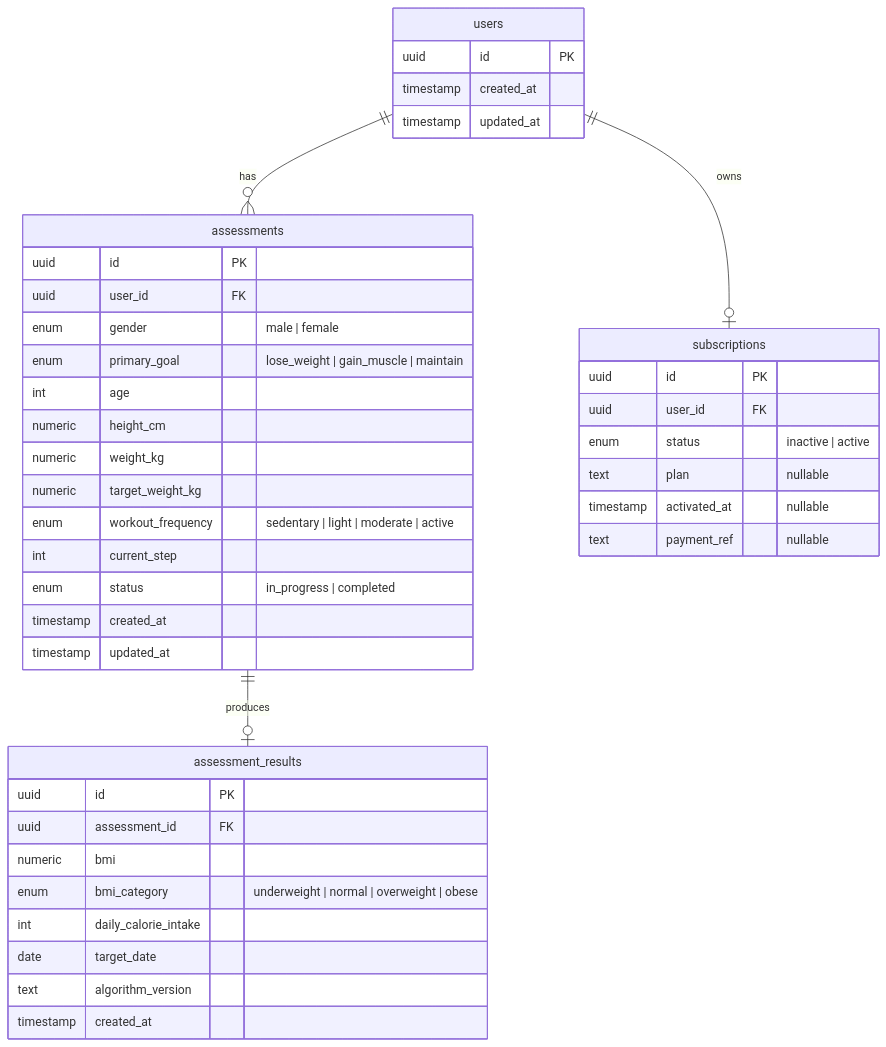
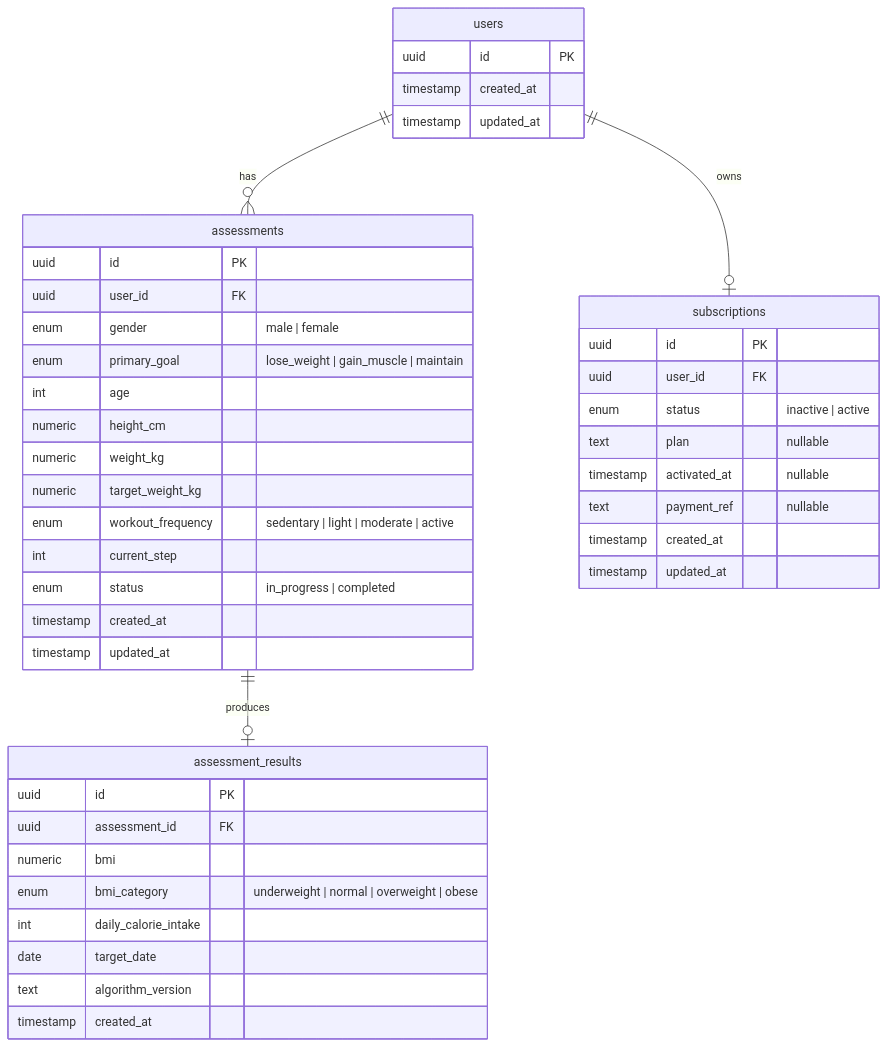
The diagram in docs/db/schema.md (YH7916/BetterMe), drawn with Mermaid before and after one commit. The commit also changed 5 other files, not shown here.

Commit message:
fix(api): deterministic seed UUIDs; docs: correct GET/pay/schema/algorithm accuracy

````diff
--- a/docs/db/schema.md
+++ b/docs/db/schema.md
@@ -5,48 +5,50 @@
 ```mermaid
 erDiagram
     users {
         uuid id PK
         timestamp created_at
         timestamp updated_at
     }
 
     assessments {
         uuid id PK
         uuid user_id FK
         enum gender "male | female"
         enum primary_goal "lose_weight | gain_muscle | maintain"
         int age
         numeric height_cm
         numeric weight_kg
         numeric target_weight_kg
         enum workout_frequency "sedentary | light | moderate | active"
         int current_step
         enum status "in_progress | completed"
         timestamp created_at
         timestamp updated_at
     }
 
     assessment_results {
         uuid id PK
         uuid assessment_id FK
         numeric bmi
         enum bmi_category "underweight | normal | overweight | obese"
         int daily_calorie_intake
         date target_date
         text algorithm_version
         timestamp created_at
     }
 
     subscriptions {
         uuid id PK
         uuid user_id FK
         enum status "inactive | active"
         text plan "nullable"
         timestamp activated_at "nullable"
         text payment_ref "nullable"
+        timestamp created_at
+        timestamp updated_at
     }
 
     users ||--o{ assessments : "has"
     assessments ||--o| assessment_results : "produces"
     users ||--o| subscriptions : "owns"
 ```
````
